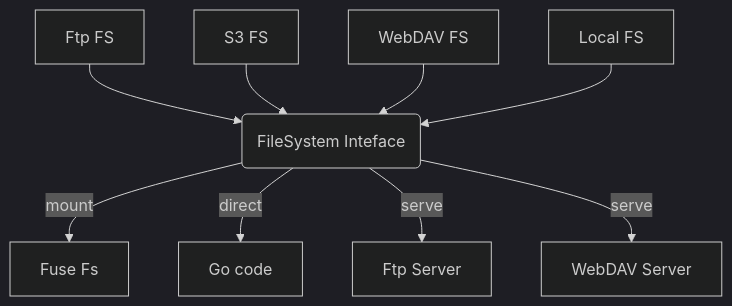
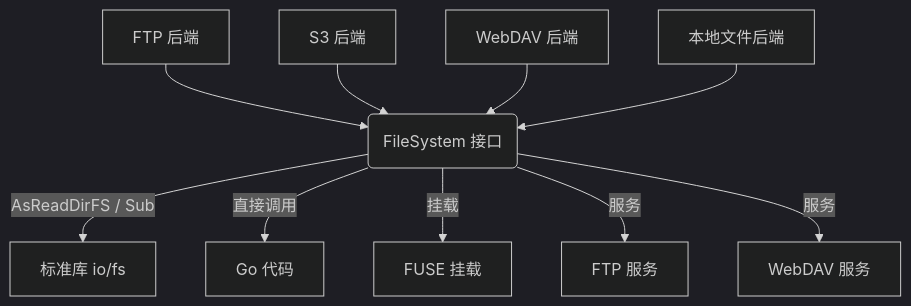
Before and after one commit to octohelm/unifs: the diagram in README.md, drawn with Mermaid (dark theme). The commit also changed other lines of this file and 121 other files, not shown here.

````diff
--- a/README.md
+++ b/README.md
@@ -3,17 +7,19 @@
 ```mermaid
 flowchart TB
-    s3_fs[S3 FS]
-    ftp_fs[Ftp FS]
-    local_fs[Local FS]
-    webdav_fs[WebDAV FS]
-    fsi(FileSystem Inteface)
+    s3_fs[S3 后端]
+    ftp_fs[FTP 后端]
+    local_fs[本地文件后端]
+    webdav_fs[WebDAV 后端]
+    fsi(FileSystem 接口)
     ftp_fs & s3_fs & webdav_fs & local_fs --> fsi
-    webdav_server[WebDAV Server]
-    ftp_server[Ftp Server]
-    fuse_fs[Fuse Fs]
-    go_code[Go code]
-    fsi -->|mount| fuse_fs
-    fsi -->|direct| go_code
-    fsi -->|serve| ftp_server
-    fsi -->|serve| webdav_server
+    std_fs[标准库 io/fs]
+    webdav_server[WebDAV 服务]
+    ftp_server[FTP 服务]
+    fuse_fs[FUSE 挂载]
+    go_code[Go 代码]
+    fsi -->|AsReadDirFS / Sub| std_fs
+    fsi -->|直接调用| go_code
+    fsi -->|挂载| fuse_fs
+    fsi -->|服务| ftp_server
+    fsi -->|服务| webdav_server
 ```
````
